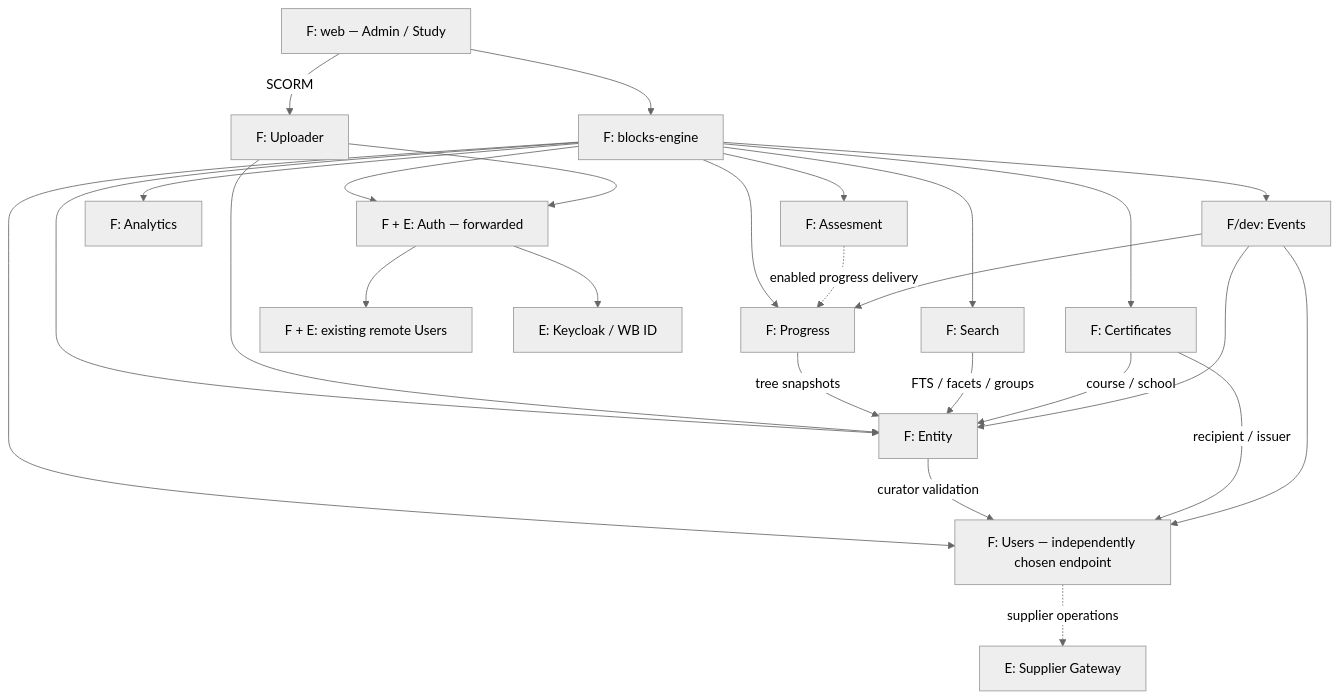
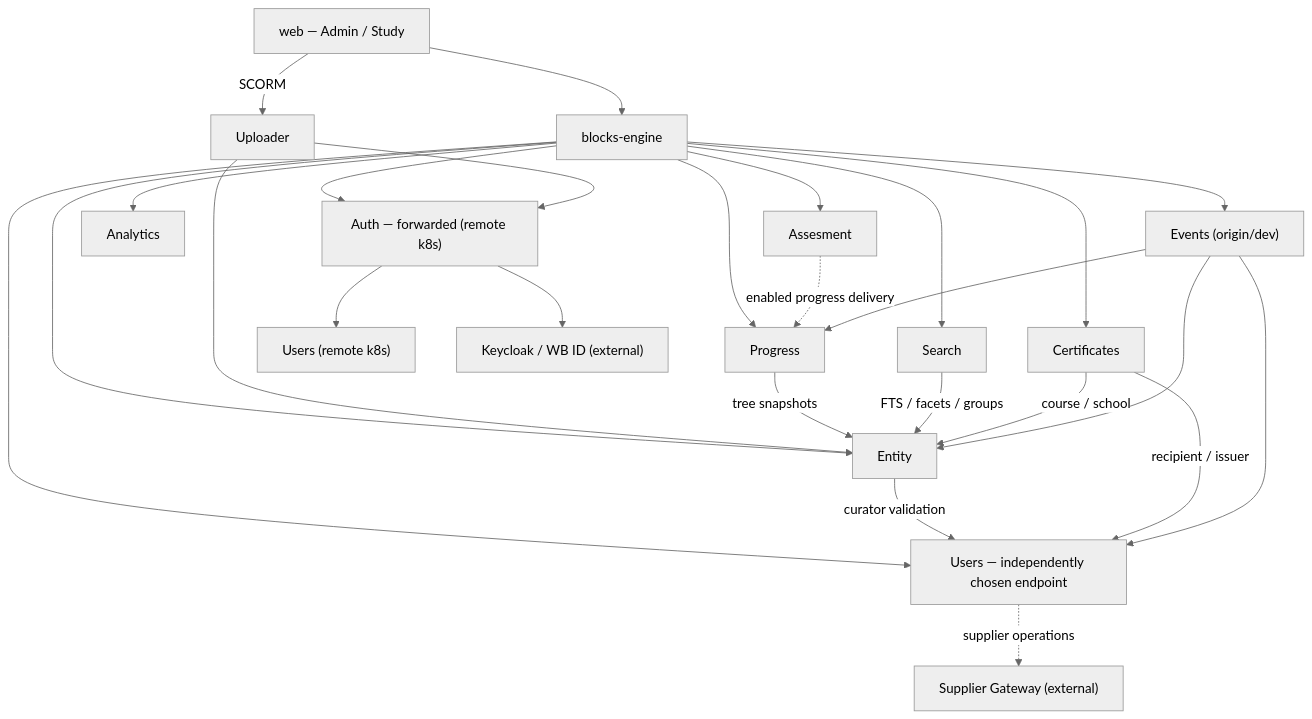
Before and after one commit to zezic/marazmatic: the diagram in assets/example.mermaid, drawn with Mermaid (neutral theme). The commit also changed other lines of this file, not shown here.

Commit message:
Pack tight

```diff
--- a/assets/example.mermaid
+++ b/assets/example.mermaid
@@ -1,26 +1,26 @@
 flowchart TB
-  W["F: web — Admin / Study"] --> B["F: blocks-engine"]
-  B --> A["F + E: Auth — forwarded"]
-  B --> N["F: Entity"]
-  B --> P["F: Progress"]
-  B --> US["F: Users — independently chosen endpoint"]
-  B --> AS["F: Assesment"]
-  B --> AN["F: Analytics"]
-  B --> SE["F: Search"]
-  B --> CE["F: Certificates"]
-  B --> EV["F/dev: Events"]
-  W -->|"SCORM"| U["F: Uploader"]
+  W["web — Admin / Study"] --> B["blocks-engine"]
+  B --> A["Auth — forwarded (remote k8s)"]
+  B --> N["Entity"]
+  B --> P["Progress"]
+  B --> US["Users — independently chosen endpoint"]
+  B --> AS["Assesment"]
+  B --> AN["Analytics"]
+  B --> SE["Search"]
+  B --> CE["Certificates"]
+  B --> EV["Events (origin/dev)"]
+  W -->|"SCORM"| U["Uploader"]
   U --> A
   U --> N
   P -->|"tree snapshots"| N
   N -->|"curator validation"| US
   AS -.->|"enabled progress delivery"| P
   SE -->|"FTS / facets / groups"| N
   CE -->|"course / school"| N
   CE -->|"recipient / issuer"| US
   EV --> N
   EV --> P
   EV --> US
-  A --> RU["F + E: existing remote Users"]
-  A --> IDP["E: Keycloak / WB ID"]
-  US -.->|"supplier operations"| SG["E: Supplier Gateway"]
+  A --> RU["Users (remote k8s)"]
+  A --> IDP["Keycloak / WB ID (external)"]
+  US -.->|"supplier operations"| SG["Supplier Gateway (external)"]
```
